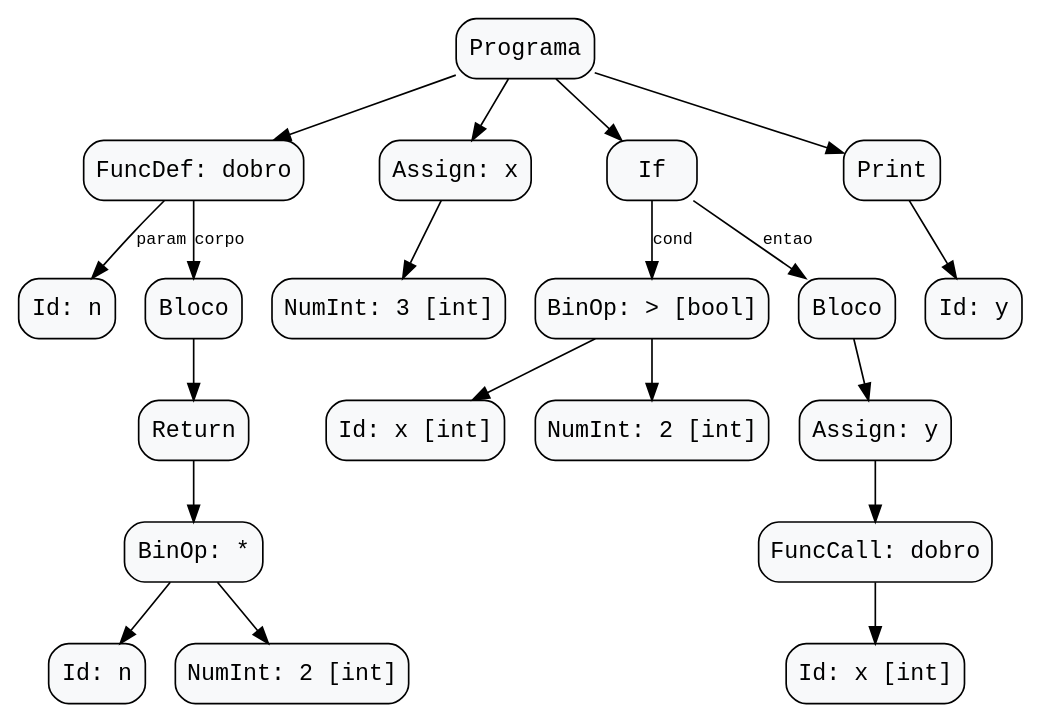
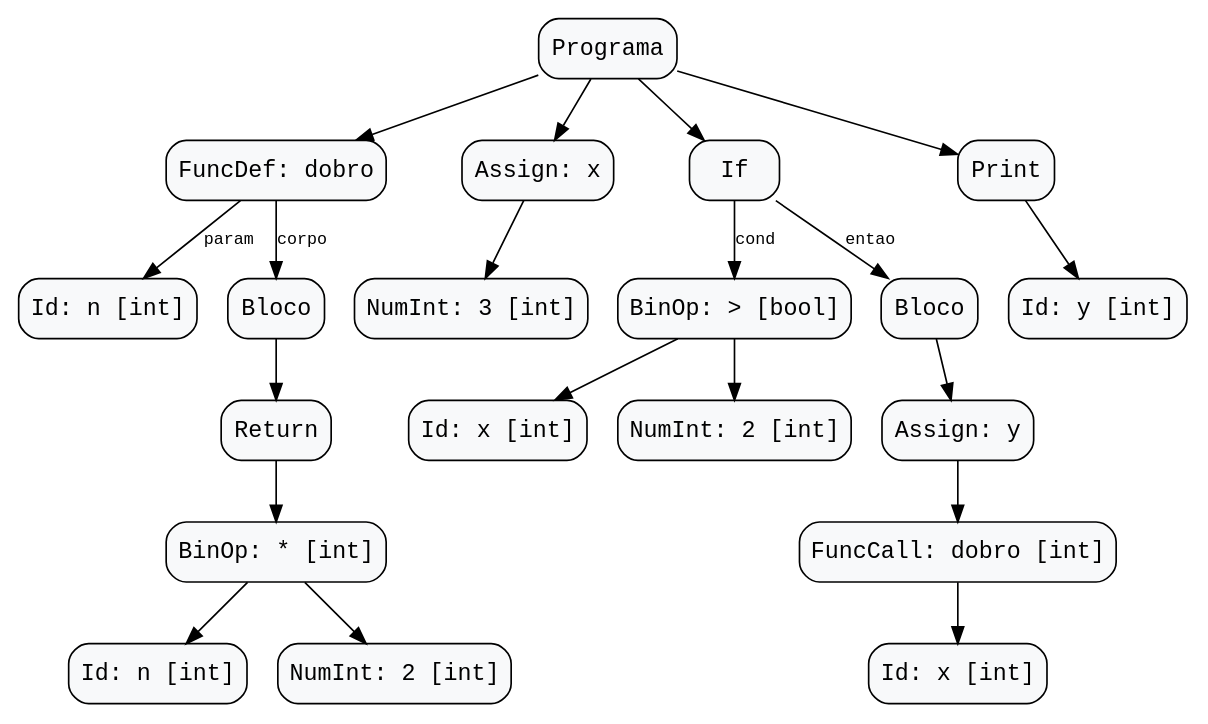
One commit to RenanSantoss21/COMP1-grupo2 changed the diagram in compiladores-projeto/docs/VidaDeUmPrograma.md. Above: the diagram before and after it, drawn with Graphviz. The commit also changed other lines of this file and 2 other files, not shown here.

````diff
--- a/compiladores-projeto/docs/VidaDeUmPrograma.md
+++ b/compiladores-projeto/docs/VidaDeUmPrograma.md
@@ -323,45 +323,45 @@
 ```dot
 digraph AST {
     node [shape=box, style="rounded,filled", fillcolor="#f8f9fa", fontname="monospace"];
     edge [fontname="monospace", fontsize=10];
     n0 [label="Programa"];
     n1 [label="FuncDef: dobro"];
-    n2 [label="Id: n"];
+    n2 [label="Id: n [int]"];
     n1 -> n2 [label="param"];
     n3 [label="Bloco"];
     n4 [label="Return"];
-    n5 [label="BinOp: *"];
-    n6 [label="Id: n"];
+    n5 [label="BinOp: * [int]"];
+    n6 [label="Id: n [int]"];
     n7 [label="NumInt: 2 [int]"];
     n5 -> n6;
     n5 -> n7;
     n4 -> n5;
     n3 -> n4;
     n1 -> n3 [label="corpo"];
     n0 -> n1;
     n8 [label="Assign: x"];
     n9 [label="NumInt: 3 [int]"];
     n8 -> n9;
     n0 -> n8;
     n10 [label="If"];
     n11 [label="BinOp: > [bool]"];
     n12 [label="Id: x [int]"];
     n13 [label="NumInt: 2 [int]"];
     n11 -> n12;
     n11 -> n13;
     n10 -> n11 [label="cond"];
     n14 [label="Bloco"];
     n15 [label="Assign: y"];
-    n16 [label="FuncCall: dobro"];
+    n16 [label="FuncCall: dobro [int]"];
     n17 [label="Id: x [int]"];
     n16 -> n17;
     n15 -> n16;
     n14 -> n15;
     n10 -> n14 [label="entao"];
     n0 -> n10;
     n18 [label="Print"];
-    n19 [label="Id: y"];
+    n19 [label="Id: y [int]"];
     n18 -> n19;
     n0 -> n18;
 }
 ```
````
